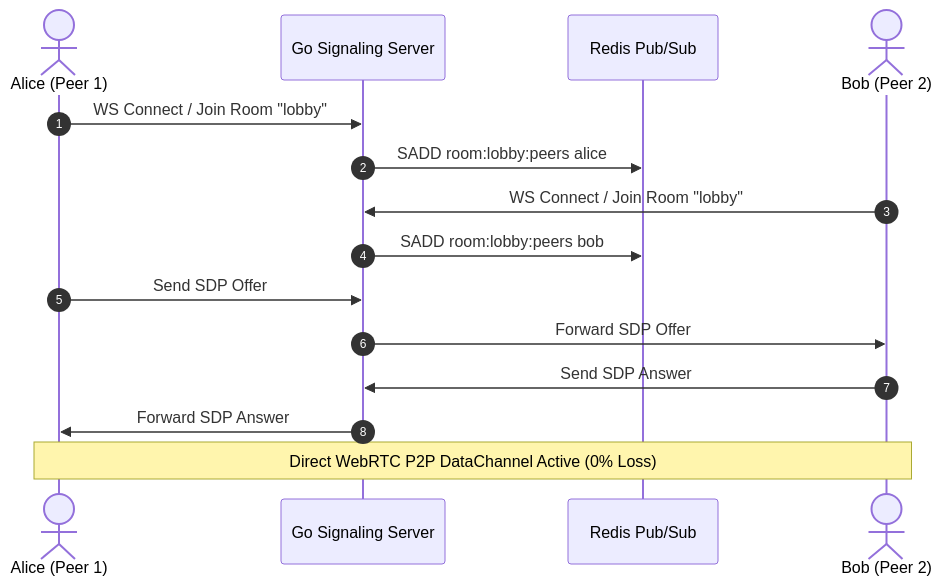
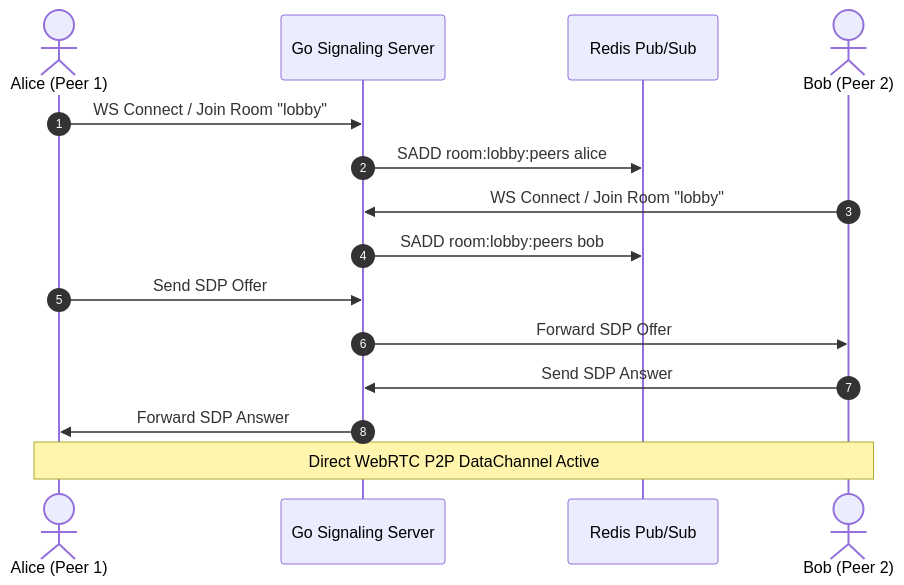
One commit to Bittu5134/bittu5134.github.io changed the second of 3 diagrams in src/content/blogs/engineering-handbook-and-syntax-showcase.md. Above: the diagram before and after it, drawn with Mermaid. The commit also changed other lines of this file and 9 other files, not shown here.

````diff
--- a/src/content/blogs/engineering-handbook-and-syntax-showcase.md
+++ b/src/content/blogs/engineering-handbook-and-syntax-showcase.md
@@ -198,18 +230,18 @@
 ```mermaid
 sequenceDiagram
     autonumber
     actor Alice as Alice (Peer 1)
     participant Server as Go Signaling Server
     participant Redis as Redis Pub/Sub
     actor Bob as Bob (Peer 2)
 
     Alice->>Server: WS Connect / Join Room "lobby"
     Server->>Redis: SADD room:lobby:peers alice
     Bob->>Server: WS Connect / Join Room "lobby"
     Server->>Redis: SADD room:lobby:peers bob
     Alice->>Server: Send SDP Offer
     Server->>Bob: Forward SDP Offer
     Bob->>Server: Send SDP Answer
     Server->>Alice: Forward SDP Answer
-    Note over Alice,Bob: Direct WebRTC P2P DataChannel Active (0% Loss)
+    Note over Alice,Bob: Direct WebRTC P2P DataChannel Active
 ```
````
